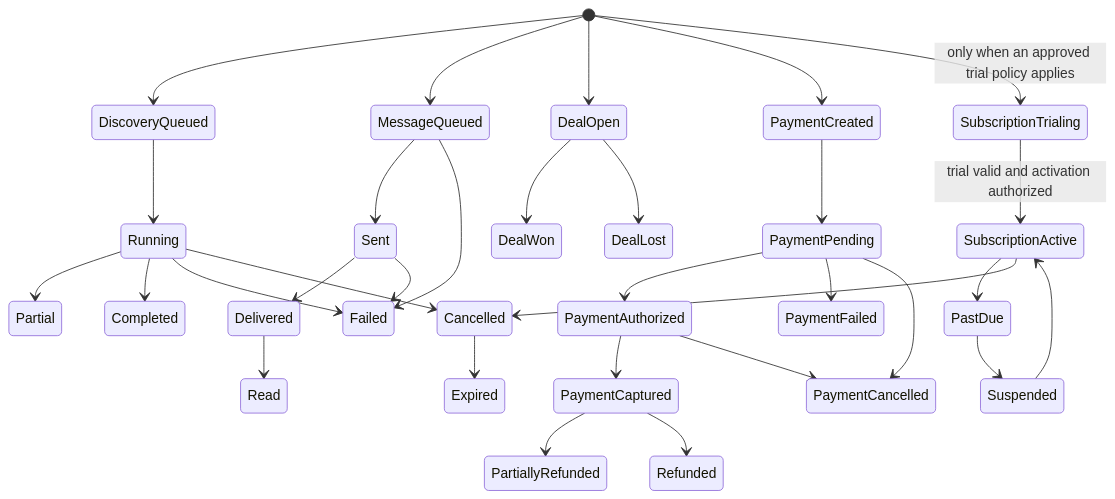
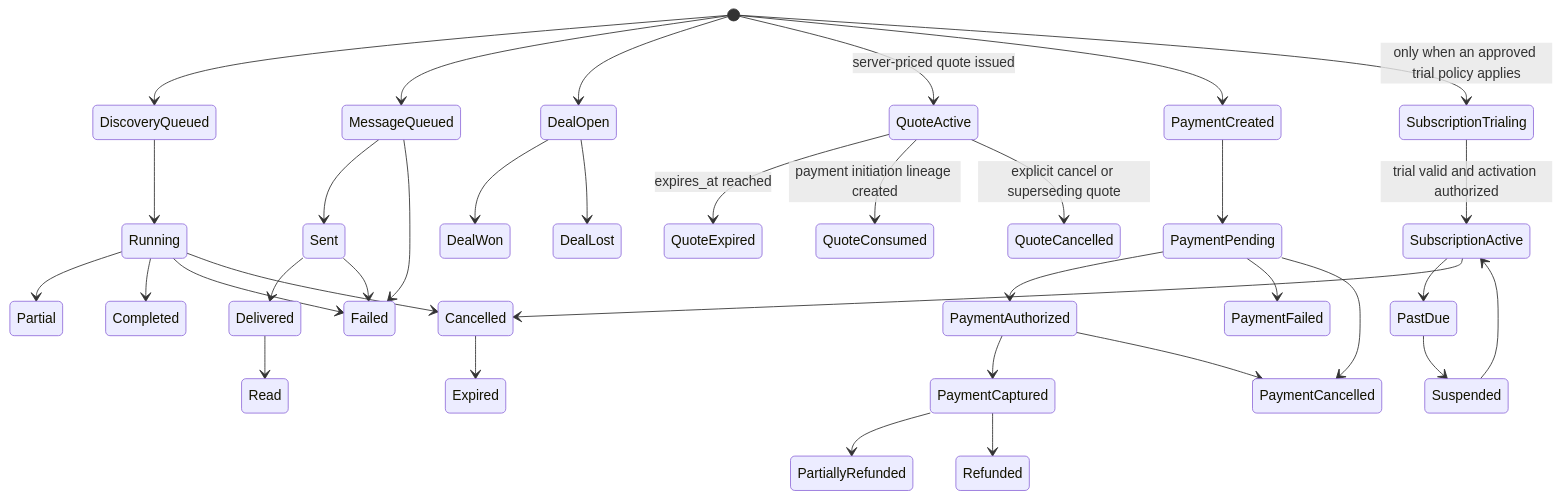
The diagram in BACKEND_STATE_MACHINES.md (mohammed0115/wazlink), drawn with Mermaid before and after one commit. The commit also changed other lines of this file and 14 other files, not shown here.

````diff
--- a/BACKEND_STATE_MACHINES.md
+++ b/BACKEND_STATE_MACHINES.md
@@ -10,38 +10,43 @@
 ```mermaid
 stateDiagram-v2
   [*] --> DiscoveryQueued
   DiscoveryQueued --> Running
   Running --> Partial
   Running --> Completed
   Running --> Failed
   Running --> Cancelled
 
   [*] --> MessageQueued
   MessageQueued --> Sent
   Sent --> Delivered
   Delivered --> Read
   MessageQueued --> Failed
   Sent --> Failed
 
   [*] --> DealOpen
   DealOpen --> DealWon
   DealOpen --> DealLost
 
+  [*] --> QuoteActive : server-priced quote issued
+  QuoteActive --> QuoteExpired : expires_at reached
+  QuoteActive --> QuoteConsumed : payment initiation lineage created
+  QuoteActive --> QuoteCancelled : explicit cancel or superseding quote
+
   [*] --> PaymentCreated
   PaymentCreated --> PaymentPending
   PaymentPending --> PaymentAuthorized
   PaymentAuthorized --> PaymentCaptured
   PaymentPending --> PaymentFailed
   PaymentPending --> PaymentCancelled
   PaymentAuthorized --> PaymentCancelled
   PaymentCaptured --> PartiallyRefunded
   PaymentCaptured --> Refunded
 
   [*] --> SubscriptionTrialing : only when an approved trial policy applies
   SubscriptionTrialing --> SubscriptionActive : trial valid and activation authorized
   SubscriptionActive --> PastDue
   PastDue --> Suspended
   Suspended --> SubscriptionActive
   SubscriptionActive --> Cancelled
   Cancelled --> Expired
 ```
````
